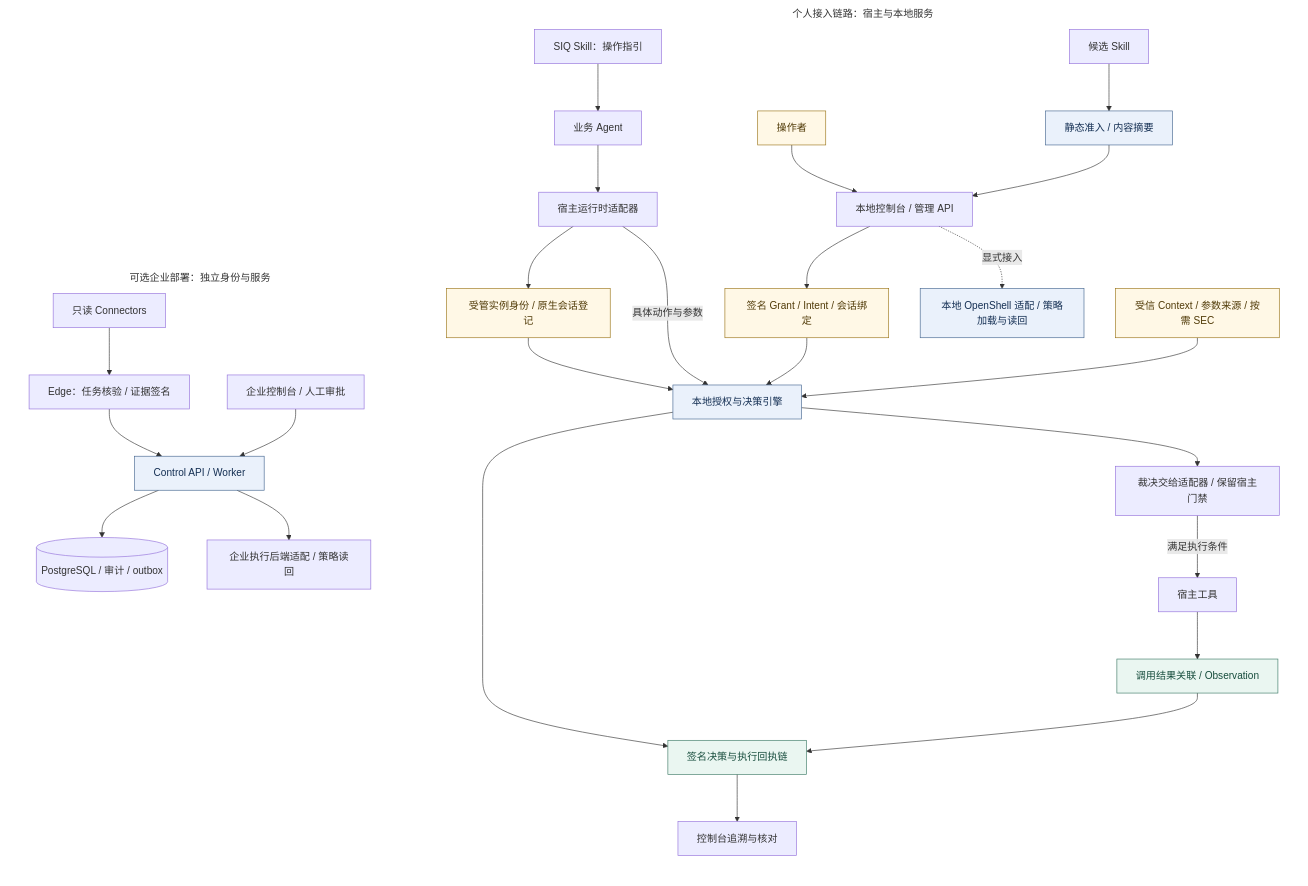
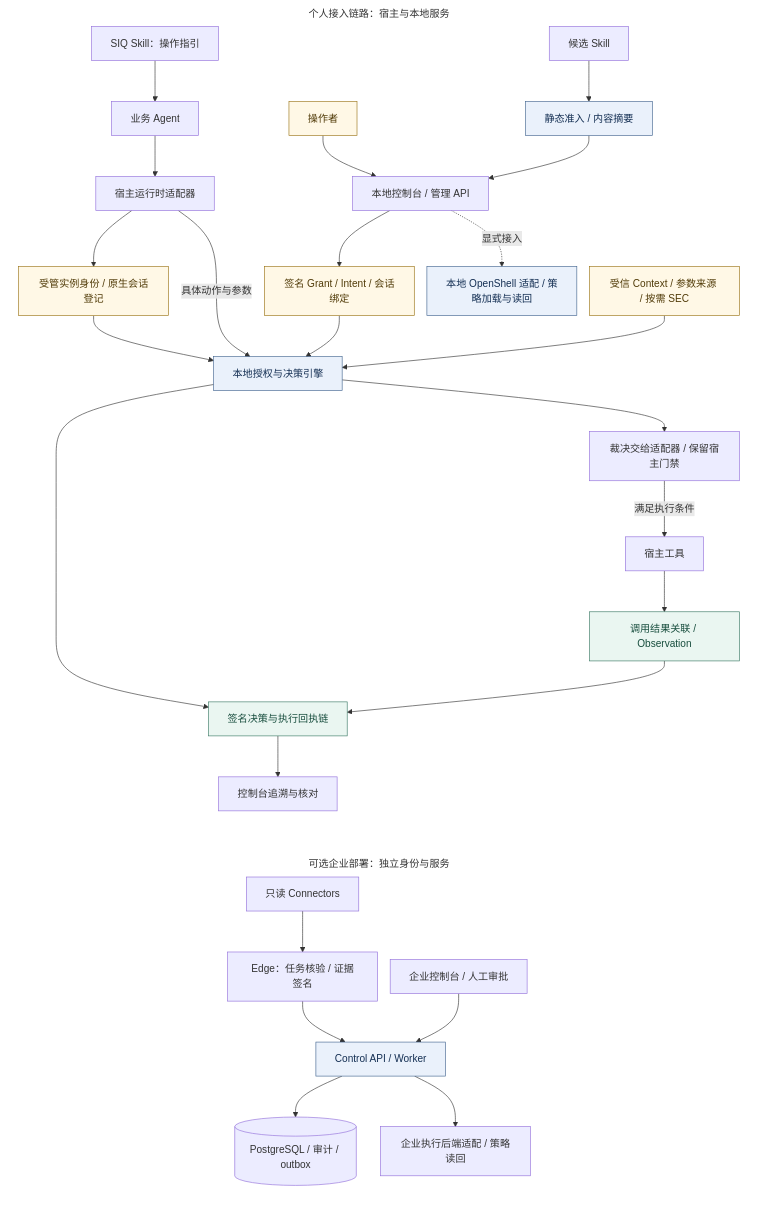
One commit to maoyadongsh/siq-agent-security changed the first of 2 diagrams in README.md. Above: the diagram before and after it, drawn with Mermaid. The commit also changed other lines of this file and 1 other file, not shown here.

Commit message:
docs: match README diagram display font sizes

````diff
--- a/README.md
+++ b/README.md
@@ -239,41 +239,51 @@
 ```mermaid
+---
+config:
+  themeVariables:
+    fontSize: 16px
+  flowchart:
+    nodeSpacing: 20
+    rankSpacing: 40
+    wrappingWidth: 178
+---
 flowchart TB
     subgraph Local[个人接入链路：宿主与本地服务]
         direction TB
     Human[操作者] --> Console[本地控制台 / 管理 API]
     Skill[SIQ Skill：操作指引] --> Agent[业务 Agent]
     Candidate[候选 Skill] --> Admission[静态准入 / 内容摘要]
     Admission --> Console
     Console --> Authority[签名 Grant / Intent / 会话绑定]
     Agent --> Adapter[宿主运行时适配器]
     Adapter --> Identity[受管实例身份 / 原生会话登记]
     Identity --> Gate[本地授权与决策引擎]
     Adapter -->|具体动作与参数| Gate
     Authority --> Gate
     Context[受信 Context / 参数来源 / 按需 SEC] --> Gate
     Gate --> Decision[裁决交给适配器 / 保留宿主门禁]
     Decision -->|满足执行条件| Tool[宿主工具]
     Tool --> Observe[调用结果关联 / Observation]
     Gate --> Receipts[签名决策与执行回执链]
     Observe --> Receipts
     Receipts --> View[控制台追溯与核对]
     Console -.->|显式接入| LocalBackend[本地 OpenShell 适配 / 策略加载与读回]
     end
 
     subgraph Enterprise[可选企业部署：独立身份与服务]
         direction TB
         Connectors[只读 Connectors] --> Edge[Edge：任务核验 / 证据签名]
         Edge --> Control[Control API / Worker]
         EnterpriseUI[企业控制台 / 人工审批] --> Control
         Control --> DB[(PostgreSQL / 审计 / outbox)]
         Control --> Backend[企业执行后端适配 / 策略读回]
     end
+    Local ~~~ Enterprise
     classDef authority fill:#fff8e6,stroke:#9a7417,color:#513b08
     classDef runtime fill:#eaf1fb,stroke:#43658f,color:#142f53
     classDef evidence fill:#eaf6f1,stroke:#3b7965,color:#174d3d
     style Local fill:transparent,stroke:none
     style Enterprise fill:transparent,stroke:none
     class Human,Authority,Identity,Context authority
     class Admission,Gate,LocalBackend,Control runtime
     class Observe,Receipts evidence
 ```
````
